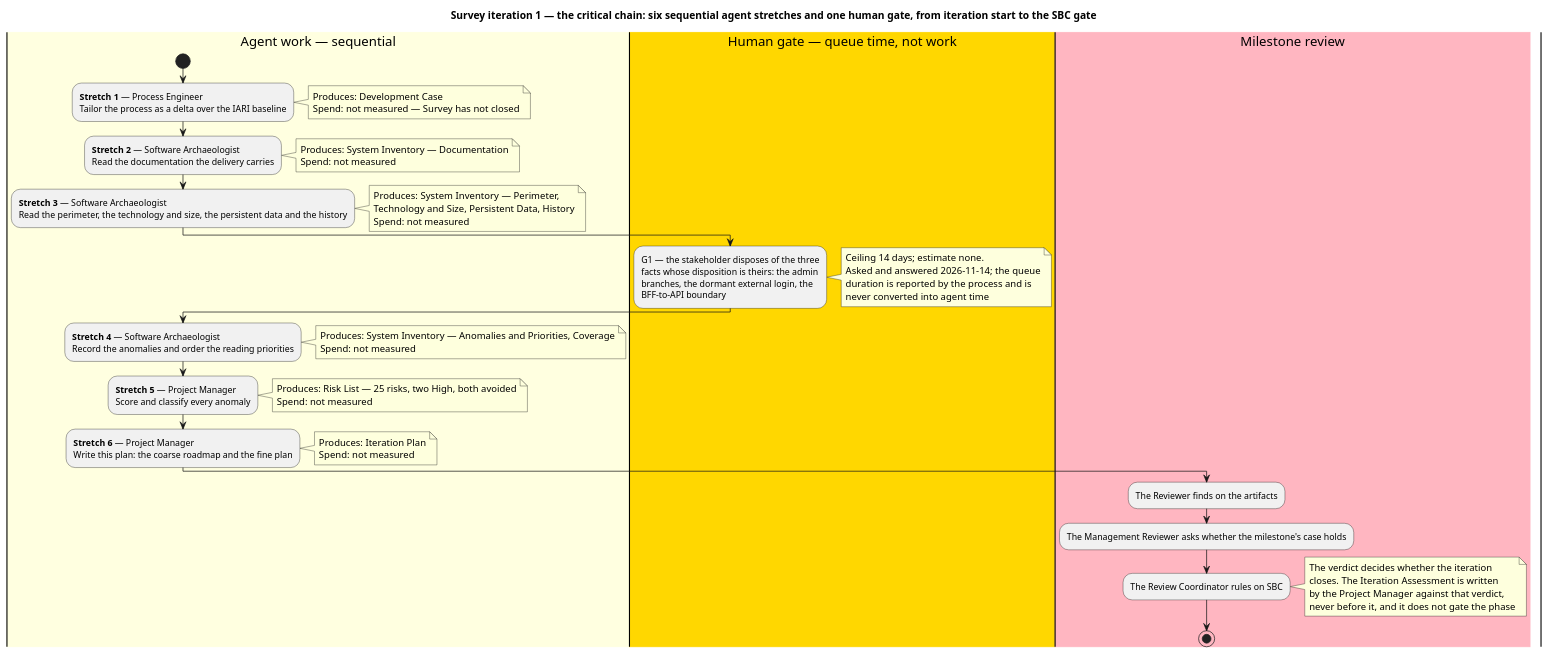
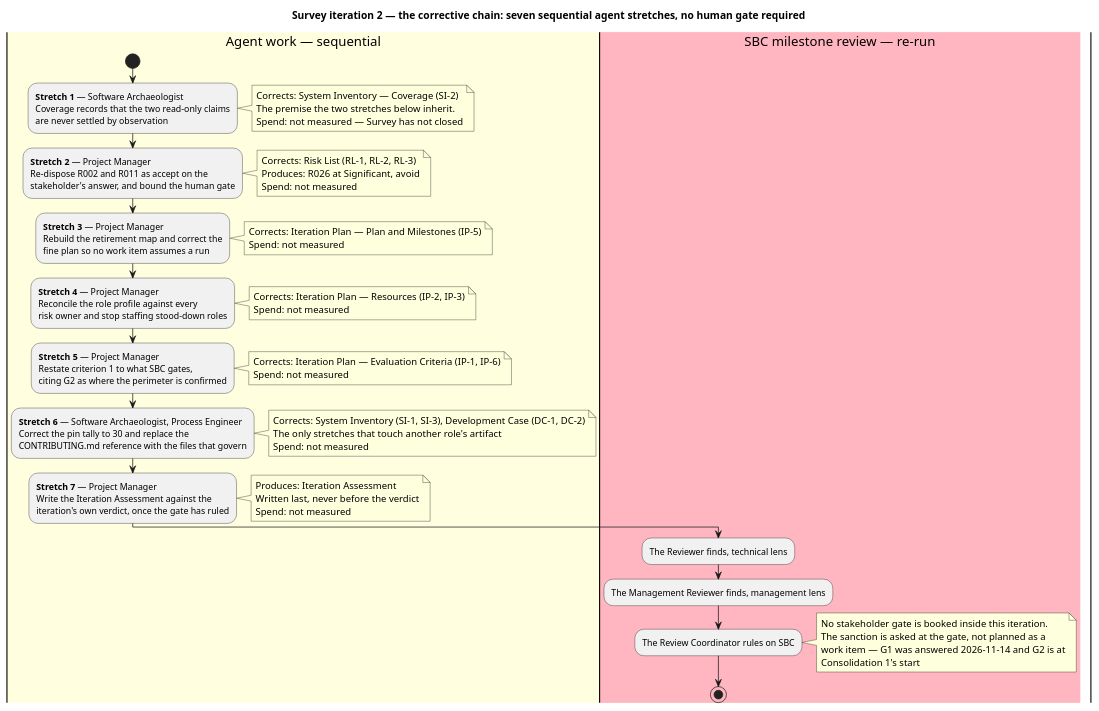
The first of 5 diagrams in docs/artifacts/project-management/iteration-plan.md (banense-test/TodoApp), drawn with PlantUML before and after one commit. The commit also changed other lines of this file, not shown here.

Commit message:
Project Manager [Survey2]: upsert Iteration Plan
[skip ci]

````diff
--- a/docs/artifacts/project-management/iteration-plan.md
+++ b/docs/artifacts/project-management/iteration-plan.md
@@ -15,77 +17,81 @@
 ```plantuml
 @startuml
-title Survey iteration 1 — the critical chain: six sequential agent stretches and one human gate, from iteration start to the SBC gate
+title Survey iteration 2 — the corrective chain: seven sequential agent stretches, no human gate required
 skinparam shadowing false
 skinparam swimlaneWidth 200
 
 |#LightYellow|Agent work — sequential|
 start
-:<b>Stretch 1</b> — Process Engineer
-Tailor the process as a delta over the IARI baseline;
+:<b>Stretch 1</b> — Software Archaeologist
+Coverage records that the two read-only claims
+are never settled by observation;
 note right
-  Produces: Development Case
+  Corrects: System Inventory — Coverage (SI-2)
+  The premise the two stretches below inherit.
   Spend: not measured — Survey has not closed
 end note
 
-:<b>Stretch 2</b> — Software Archaeologist
-Read the documentation the delivery carries;
+:<b>Stretch 2</b> — Project Manager
+Re-dispose R002 and R011 as accept on the
+stakeholder's answer, and bound the human gate;
 note right
-  Produces: System Inventory — Documentation
+  Corrects: Risk List (RL-1, RL-2, RL-3)
+  Produces: R026 at Significant, avoid
   Spend: not measured
 end note
 
-:<b>Stretch 3</b> — Software Archaeologist
-Read the perimeter, the technology and size, the persistent data and the history;
+:<b>Stretch 3</b> — Project Manager
+Rebuild the retirement map and correct the
+fine plan so no work item assumes a run;
 note right
-  Produces: System Inventory — Perimeter,
-  Technology and Size, Persistent Data, History
+  Corrects: Iteration Plan — Plan and Milestones (IP-5)
   Spend: not measured
 end note
 
-|#Gold|Human gate — queue time, not work|
-:G1 — the stakeholder disposes of the three
-facts whose disposition is theirs: the admin
-branches, the dormant external login, the
-BFF-to-API boundary;
+:<b>Stretch 4</b> — Project Manager
+Reconcile the role profile against every
+risk owner and stop staffing stood-down roles;
 note right
-  Ceiling 14 days; estimate none.
-  Asked and answered 2026-11-14; the queue
-  duration is reported by the process and is
-  never converted into agent time
-end note
-
-|#LightYellow|Agent work — sequential|
-:<b>Stretch 4</b> — Software Archaeologist
-Record the anomalies and order the reading priorities;
-note right
-  Produces: System Inventory — Anomalies and Priorities, Coverage
+  Corrects: Iteration Plan — Resources (IP-2, IP-3)
   Spend: not measured
 end note
 
 :<b>Stretch 5</b> — Project Manager
-Score and classify every anomaly;
+Restate criterion 1 to what SBC gates,
+citing G2 as where the perimeter is confirmed;
 note right
-  Produces: Risk List — 25 risks, two High, both avoided
+  Corrects: Iteration Plan — Evaluation Criteria (IP-1, IP-6)
   Spend: not measured
 end note
 
-:<b>Stretch 6</b> — Project Manager
-Write this plan: the coarse roadmap and the fine plan;
+:<b>Stretch 6</b> — Software Archaeologist, Process Engineer
+Correct the pin tally to 30 and replace the
+CONTRIBUTING.md reference with the files that govern;
 note right
-  Produces: Iteration Plan
+  Corrects: System Inventory (SI-1, SI-3), Development Case (DC-1, DC-2)
+  The only stretches that touch another role's artifact
   Spend: not measured
 end note
 
-|#LightPink|Milestone review|
-:The Reviewer finds on the artifacts;
-:The Management Reviewer asks whether the milestone's case holds;
+:<b>Stretch 7</b> — Project Manager
+Write the Iteration Assessment against the
+iteration's own verdict, once the gate has ruled;
+note right
+  Produces: Iteration Assessment
+  Written last, never before the verdict
+  Spend: not measured
+end note
+
+|#LightPink|SBC milestone review — re-run|
+:The Reviewer finds, technical lens;
+:The Management Reviewer finds, management lens;
 :The Review Coordinator rules on SBC;
 note right
-  The verdict decides whether the iteration
-  closes. The Iteration Assessment is written
-  by the Project Manager against that verdict,
-  never before it, and it does not gate the phase
+  No stakeholder gate is booked inside this iteration.
+  The sanction is asked at the gate, not planned as a
+  work item — G1 was answered 2026-11-14 and G2 is at
+  Consolidation 1's start
 end note
 stop
 @enduml
 ```
````
